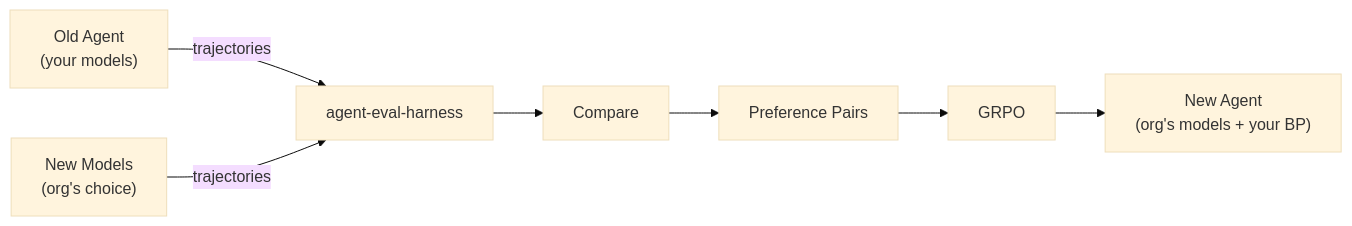
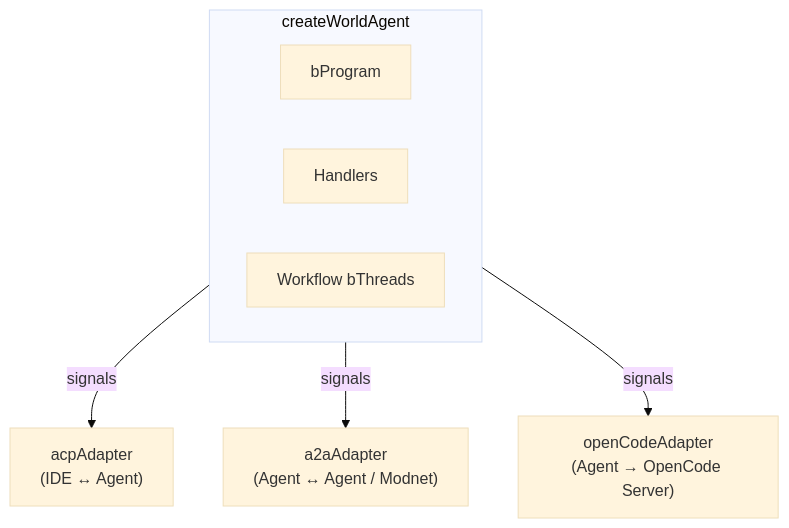
One commit to plaited/plaited changed diagram 12 of 12 in PLAITED-AGENT-PLAN.md. Above: the diagram before and after it, drawn with Mermaid (base theme). The commit also changed other lines of this file and 1 other file, not shown here.

First line of the commit message:
docs(agent): update plan to V8 — generative UI client + modnet architecture

````diff
--- a/PLAITED-AGENT-PLAN.md
+++ b/PLAITED-AGENT-PLAN.md
@@ -1314,9 +1032,12 @@
 ```mermaid
-flowchart LR
-    OldAgent["Old Agent<br/>(your models)"] -->|"trajectories"| Harness["agent-eval-harness"]
-    NewModels["New Models<br/>(org's choice)"] -->|"trajectories"| Harness
-    Harness --> Compare["Compare"]
-    Compare --> Pairs["Preference Pairs"]
-    Pairs --> GRPO["GRPO"]
-    GRPO --> NewAgent["New Agent<br/>(org's models + your BP)"]
+flowchart TB
+    subgraph Agent["createWorldAgent"]
+        BP["bProgram"]
+        Handlers["Handlers"]
+        BThreads["Workflow bThreads"]
+    end
+
+    Agent -->|"signals"| ACP["acpAdapter<br/>(IDE ↔ Agent)"]
+    Agent -->|"signals"| A2A["a2aAdapter<br/>(Agent ↔ Agent / Modnet)"]
+    Agent -->|"signals"| OpenCode["openCodeAdapter<br/>(Agent → OpenCode Server)"]
 ```
````
